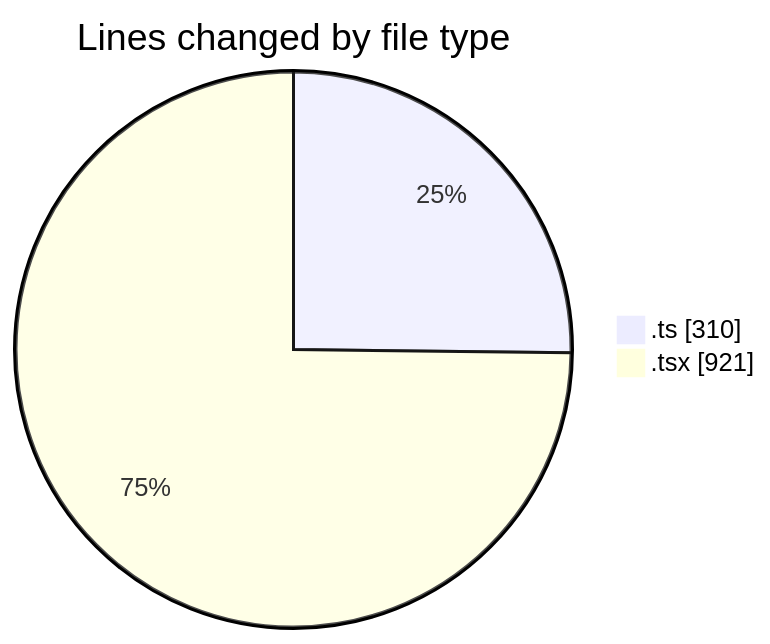
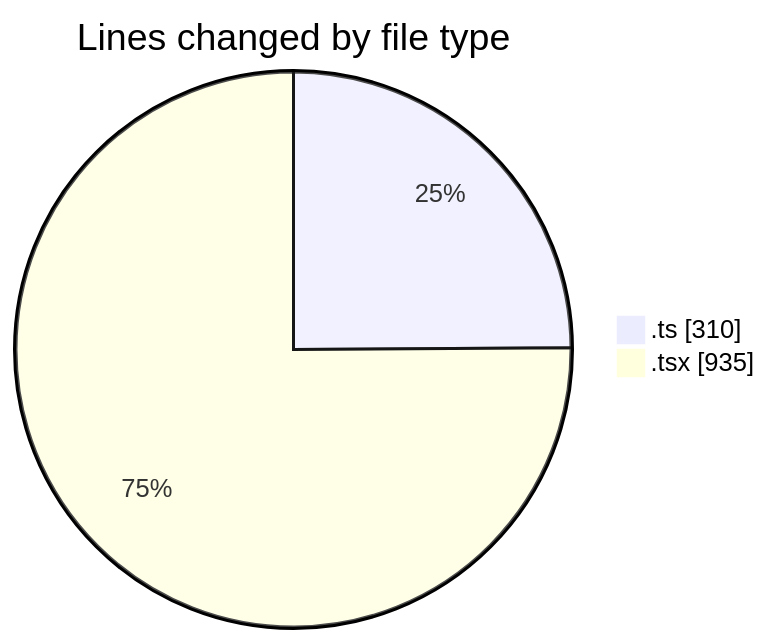
The first of 2 diagrams in 2026-09-09/cda/README.md (momahboobian/code-tracking), drawn with Mermaid before and after one commit. The commit also changed other lines of this file and 1 other file, not shown here.

````diff
--- a/2026-09-09/cda/README.md
+++ b/2026-09-09/cda/README.md
@@ -30,6 +30,6 @@
 ```mermaid
 pie showData
 title Lines changed by file type
 ".ts" : 310
-".tsx" : 921
+".tsx" : 935
 ```
````
